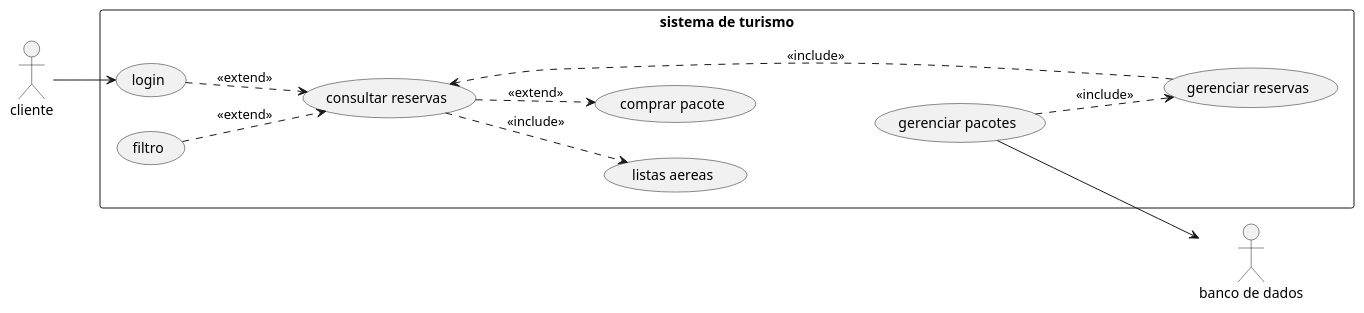
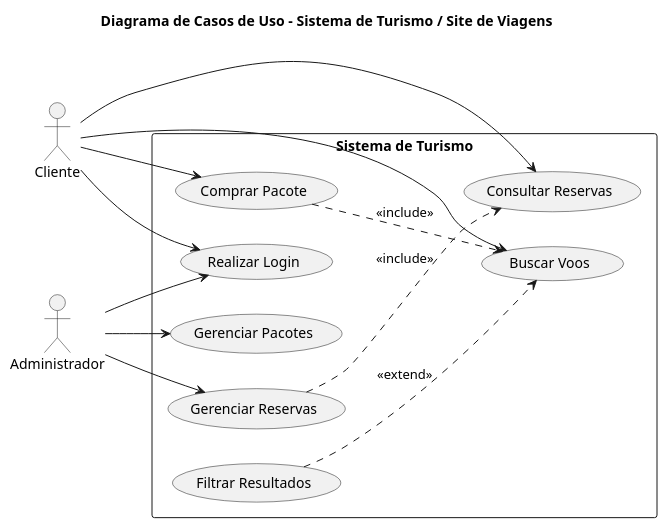
One commit to arthurstdourado/pdsi changed the diagram in Empresa de turismo/diagrama de clases de uso empresa turismo.puml. Above: the diagram before and after it, drawn with PlantUML.

Commit message:
Refinamento e pequenas correções

```diff
--- a/Empresa de turismo/diagrama de clases de uso empresa turismo.puml
+++ b/Empresa de turismo/diagrama de clases de uso empresa turismo.puml
@@ -1,32 +1,51 @@
-@startuml diagrama empresa de turismo/site de viagens
+@startuml
+title Diagrama de Casos de Uso - Sistema de Turismo / Site de Viagens
 left to right direction
-' definição de atores
-actor "cliente"
-actor "banco de dados" 
-' fronteiras de sistema
-rectangle "sistema de turismo" {
-  ' definição de casos de uso
-  usecase "login" as UC1
-  usecase "consultar reservas" as UC2
-  usecase "listas aereas" as UC3
-  usecase "filtro" as UC4
-  usecase "comprar pacote" as UC5
-  usecase "gerenciar reservas" as UC6
-  usecase "gerenciar pacotes" as UC7
 
-  ' relacionamentos entre casos de uso
-    UC1 -.> UC2 : <<extend>>
-    UC2 -.> UC3 : <<include>>
-    UC4 -.> UC2 : <<extend>>
-    UC2 -.> UC5 : <<extend>>
-    UC7 -.> UC6 : <<include>>
-    UC5 -[hidden]down-> UC7
-    UC6 -.> UC2 : <<include>>
+' ============================================================
+' ATORES (papéis externos que interagem com o sistema)
+' ============================================================
+actor "Cliente" as Cliente
+actor "Administrador" as Administrador
 
+' Opcional - descomente se os voos vierem de um sistema externo:
+' actor "Sistema de Companhias Aéreas" as CiaAerea <<sistema>>
+' actor "Gateway de Pagamento" as Pagamento <<sistema>>
 
+' ============================================================
+' FRONTEIRA DO SISTEMA
+' ============================================================
+rectangle "Sistema de Turismo" {
+
+  ' Casos de uso = metas do ator (verbo no infinitivo + objeto)
+  usecase "Realizar Login"      as UC1
+  usecase "Consultar Reservas"  as UC2
+  usecase "Buscar Voos"         as UC3
+  usecase "Filtrar Resultados"  as UC4
+  usecase "Comprar Pacote"      as UC5
+  usecase "Gerenciar Reservas"  as UC6
+  usecase "Gerenciar Pacotes"   as UC7
+
+  ' Relacionamentos entre casos de uso
+  ' <<include>>: base ..> incluído (obrigatório)
+  ' <<extend>> : extensão ..> base (opcional)
+  UC5 ..> UC3 : <<include>>
+  UC4 ..> UC3 : <<extend>>
+  UC6 ..> UC2 : <<include>>
 }
 
-' associação entre atores e casos de uso
-cliente --> UC1
-UC7 --> "banco de dados"
+' ============================================================
+' ASSOCIAÇÕES ENTRE ATORES E CASOS DE USO
+' ============================================================
+Cliente --> UC1
+Cliente --> UC2
+Cliente --> UC3
+Cliente --> UC5
+
+Administrador --> UC1
+Administrador --> UC6
+Administrador --> UC7
+
+' Observação: "estar logado" é pré-condição de UC2, UC5, UC6 e UC7
+' e deve constar na descrição textual de cada um.
 @enduml
```
